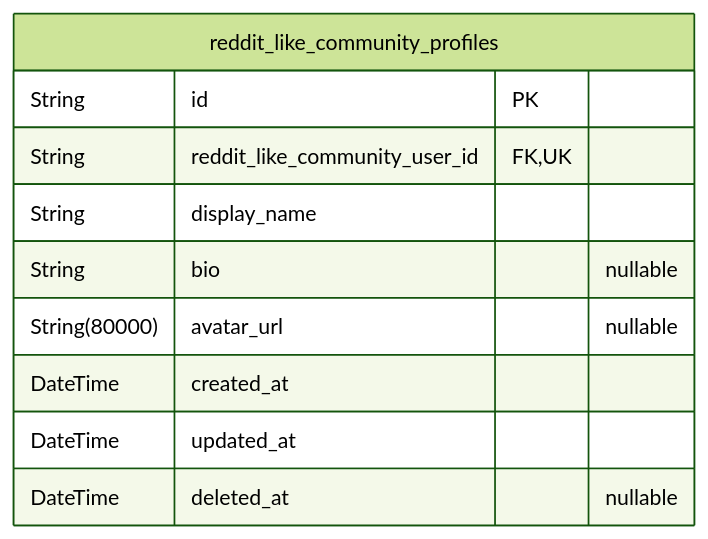
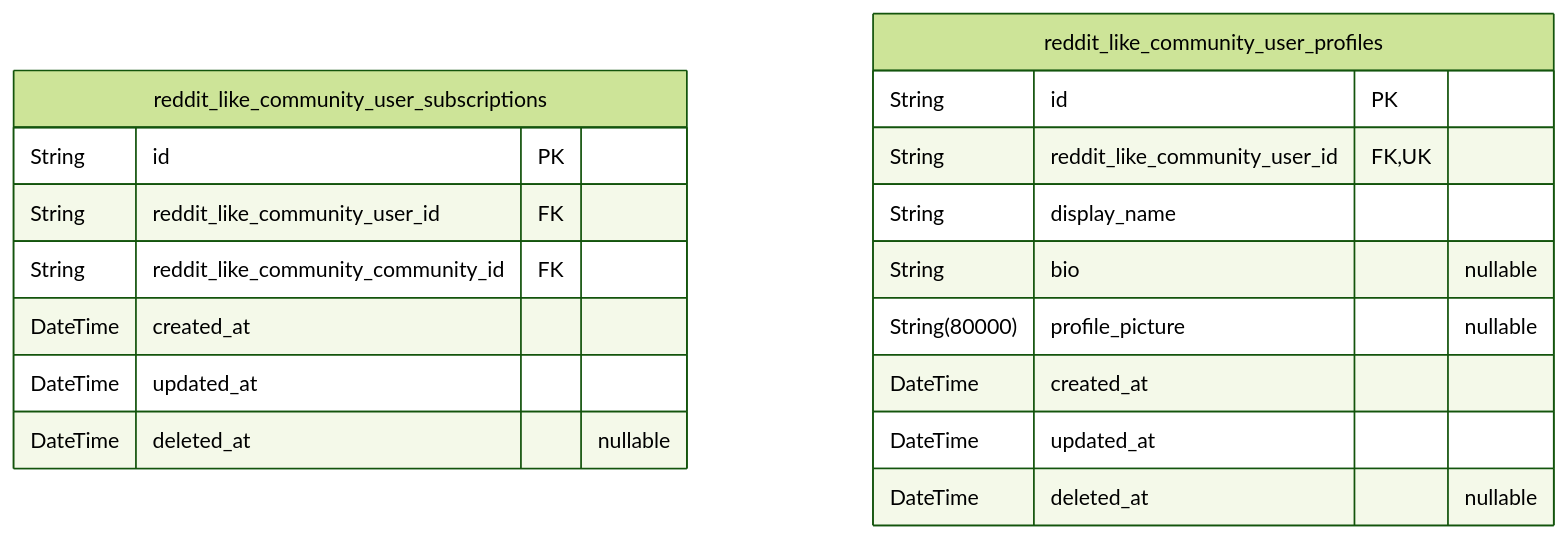
One commit to wrtnlabs/autobe-examples changed the fourth of 5 diagrams in mistralai/codestral-2508/reddit/docs/ERD.md. Above: the diagram before and after it, drawn with Mermaid (forest theme). The commit also changed other lines of this file and 7173 other files, not shown here.

````diff
--- a/mistralai/codestral-2508/reddit/docs/ERD.md
+++ b/mistralai/codestral-2508/reddit/docs/ERD.md
@@ -812,13 +325,21 @@
 ```mermaid
 erDiagram
-"reddit_like_community_profiles" {
+"reddit_like_community_user_subscriptions" {
+  String id PK
+  String reddit_like_community_user_id FK
+  String reddit_like_community_community_id FK
+  DateTime created_at
+  DateTime updated_at
+  DateTime deleted_at "nullable"
+}
+"reddit_like_community_user_profiles" {
   String id PK
   String reddit_like_community_user_id FK,UK
   String display_name
   String bio "nullable"
-  String(80000) avatar_url "nullable"
+  String(80000) profile_picture "nullable"
   DateTime created_at
   DateTime updated_at
   DateTime deleted_at "nullable"
 }
 ```
````
